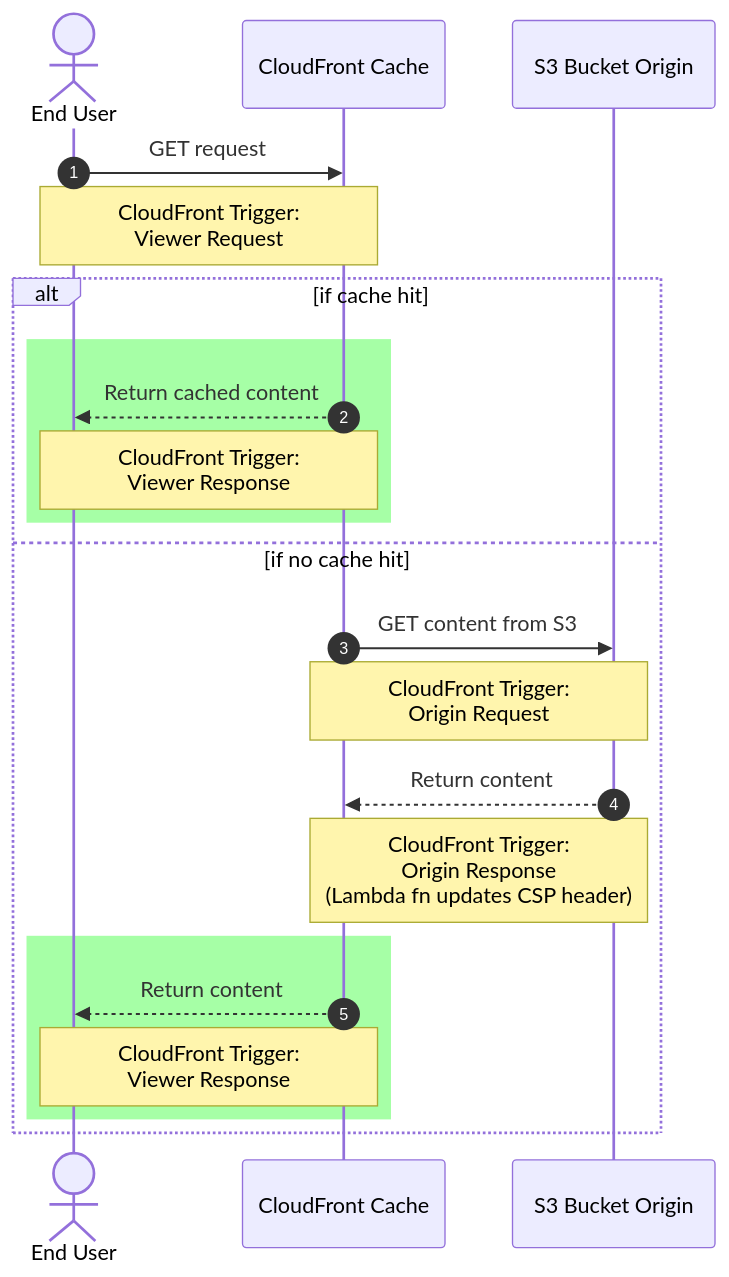
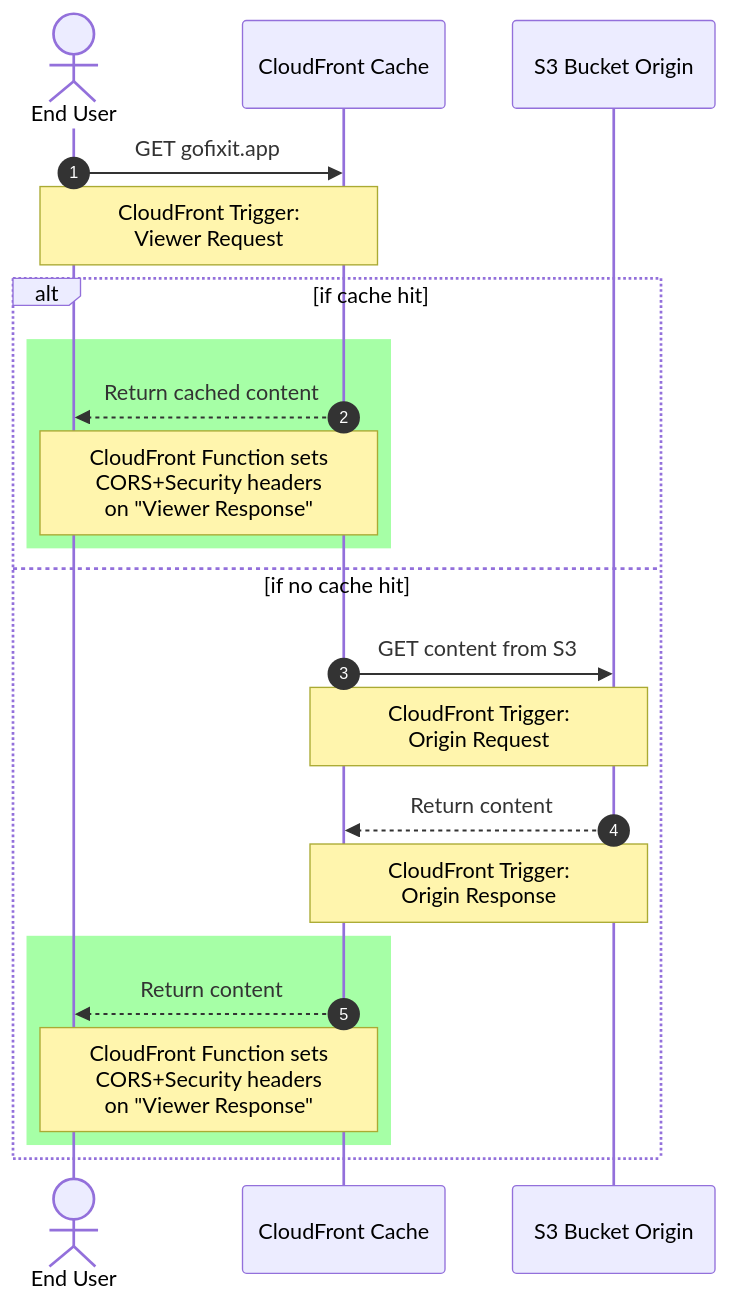
Before and after one commit to Nerdware-LLC/fixit-web: the diagram in README.md, drawn with Mermaid. The commit also changed other lines of this file, not shown here.

````diff
--- a/README.md
+++ b/README.md
@@ -101,24 +103,24 @@
 ```mermaid
 %%{ init: { "sequence": { "showSequenceNumbers": true, "wrap": true } } }%%
 sequenceDiagram
   actor User as End User
   participant CF as CloudFront Cache
   participant S3 as S3 Bucket Origin
-  User->>CF: GET request
+  User->>CF: GET gofixit.app
   Note over User,CF: CloudFront Trigger:<br/>Viewer Request
   alt if cache hit
       rect rgba(0, 255, 0, 0.35)
       CF-->>User: Return cached content
-      Note over CF,User: CloudFront Trigger:<br/>Viewer Response
+      Note over CF,User: CloudFront Function sets<br/>CORS+Security headers<br/>on "Viewer Response"
       end
   else if no cache hit
       CF->>S3: GET content from S3
       Note over CF,S3: CloudFront Trigger:<br/>Origin Request
       S3-->>CF: Return content
-      Note over S3,CF: CloudFront Trigger:<br/>Origin Response<br>(Lambda fn updates CSP header)
+      Note over S3,CF: CloudFront Trigger:<br/>Origin Response
       rect rgba(0, 255, 0, 0.35)
       CF-->>User: Return content
-      Note over CF,User: CloudFront Trigger:<br/>Viewer Response
+      Note over CF,User: CloudFront Function sets<br/>CORS+Security headers<br/>on "Viewer Response"
       end
   end
 ```
````
